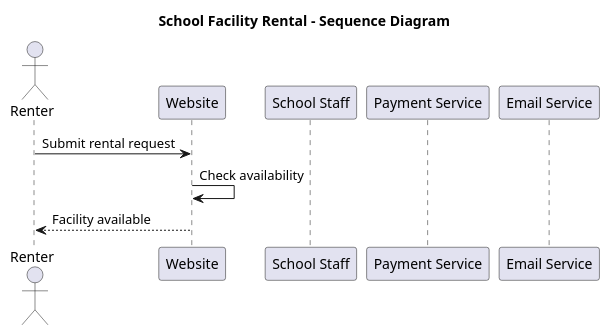
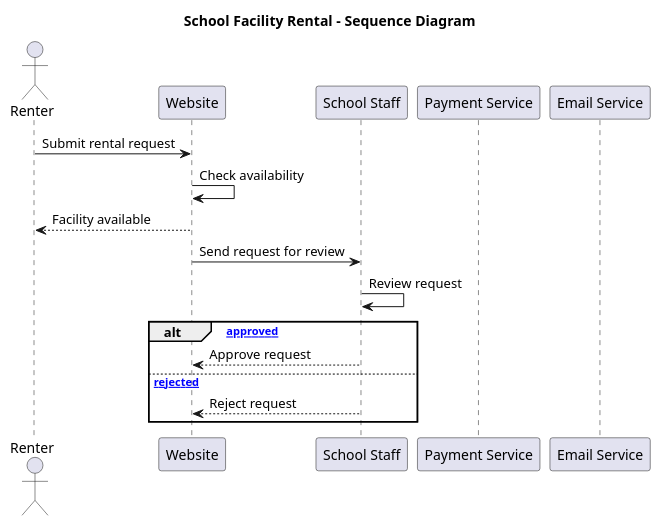
One commit to Umar-Azizadah/CS3560-Homework6 changed the diagram in SequenceDiagram.puml. Above: the diagram before and after it, drawn with PlantUML.

Commit message:
feat: Add staff review and approval alternatives

```diff
--- a/SequenceDiagram.puml
+++ b/SequenceDiagram.puml
@@ -2,18 +2,28 @@
 @startuml
 title School Facility Rental - Sequence Diagram
 
 actor Renter
 participant Website
 participant "School Staff" as Staff
 participant "Payment Service" as Pay
 participant "Email Service" as Email
 
-
 ' Renter submits a rental request
 Renter -> Website: Submit rental request
 
 ' Website checks availability
 Website -> Website: Check availability
 Website --> Renter: Facility available
 
+' School staff reviews the request
+Website -> Staff: Send request for review
+Staff -> Staff: Review request
+
+' Staff approves or rejects
+alt [approved]
+    Staff --> Website: Approve request
+else [rejected]
+    Staff --> Website: Reject request
+end
+
 @enduml
```
